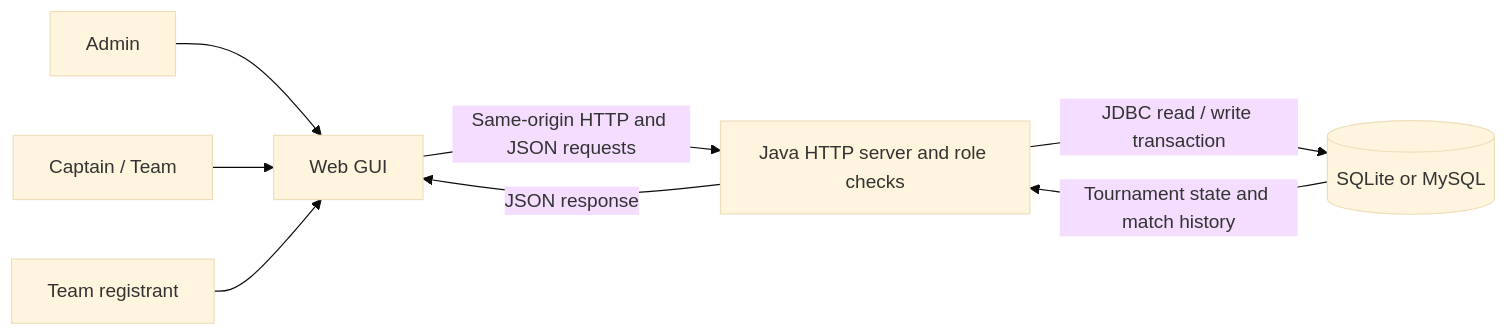
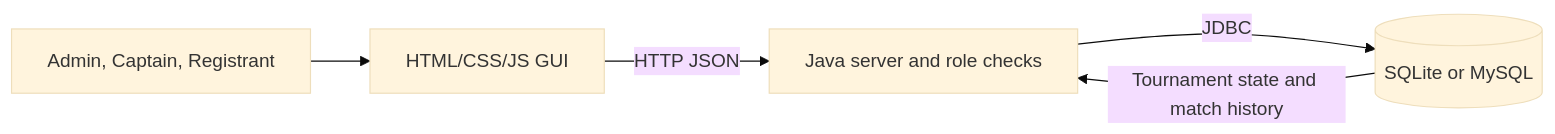
The diagram in README.md (Jaiakash1508/Esports-Tournament-Management-V2), drawn with Mermaid (base theme) before and after one commit. The commit also changed other lines of this file, not shown here.

````diff
--- a/README.md
+++ b/README.md
@@ -96,10 +56,7 @@
 ```mermaid
 flowchart LR
-    Admin[Admin] --> GUI[Web GUI]
-    Captain[Captain / Team] --> GUI
-    Registrant[Team registrant] --> GUI
-    GUI -->|Same-origin HTTP and JSON requests| Server[Java HTTP server and role checks]
-    Server -->|JDBC read / write transaction| DB[(SQLite or MySQL)]
-    DB -->|Tournament state and match history| Server
-    Server -->|JSON response| GUI
+  Roles[Admin, Captain, Registrant] --> GUI[HTML/CSS/JS GUI]
+  GUI -->|HTTP JSON| Server[Java server and role checks]
+  Server -->|JDBC| DB[(SQLite or MySQL)]
+  DB -->|Tournament state and match history| Server
 ```
````
